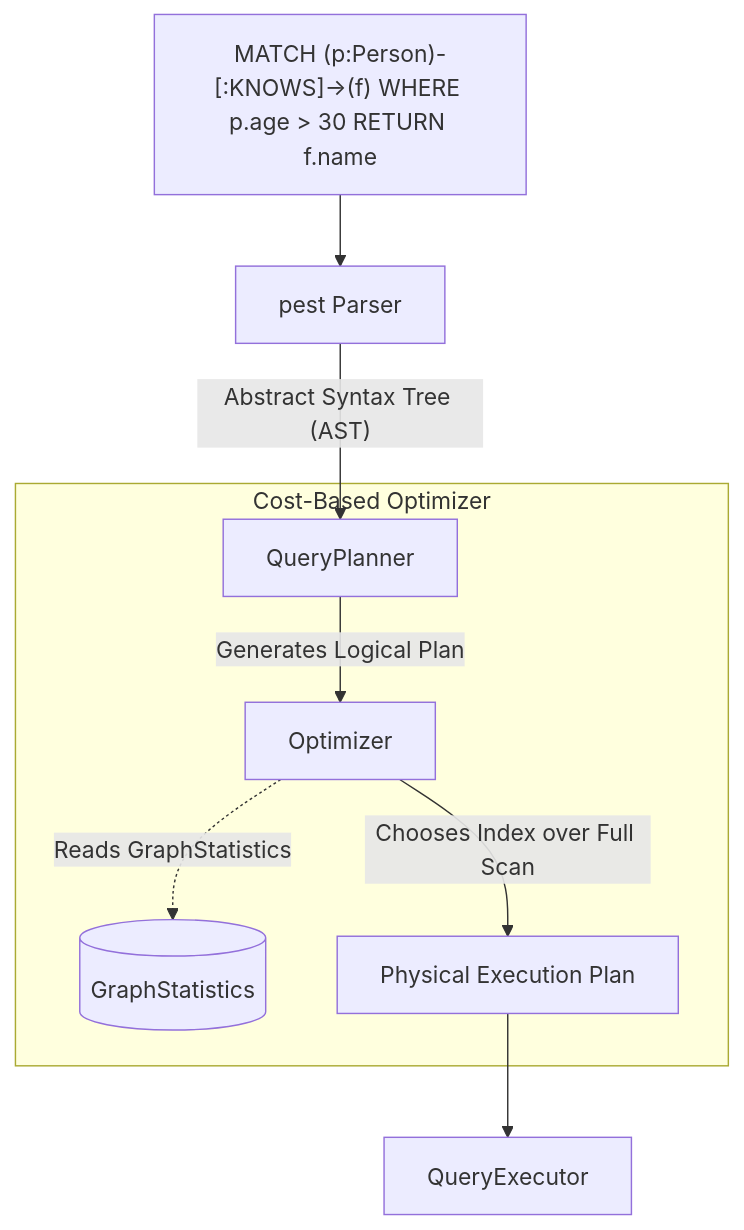
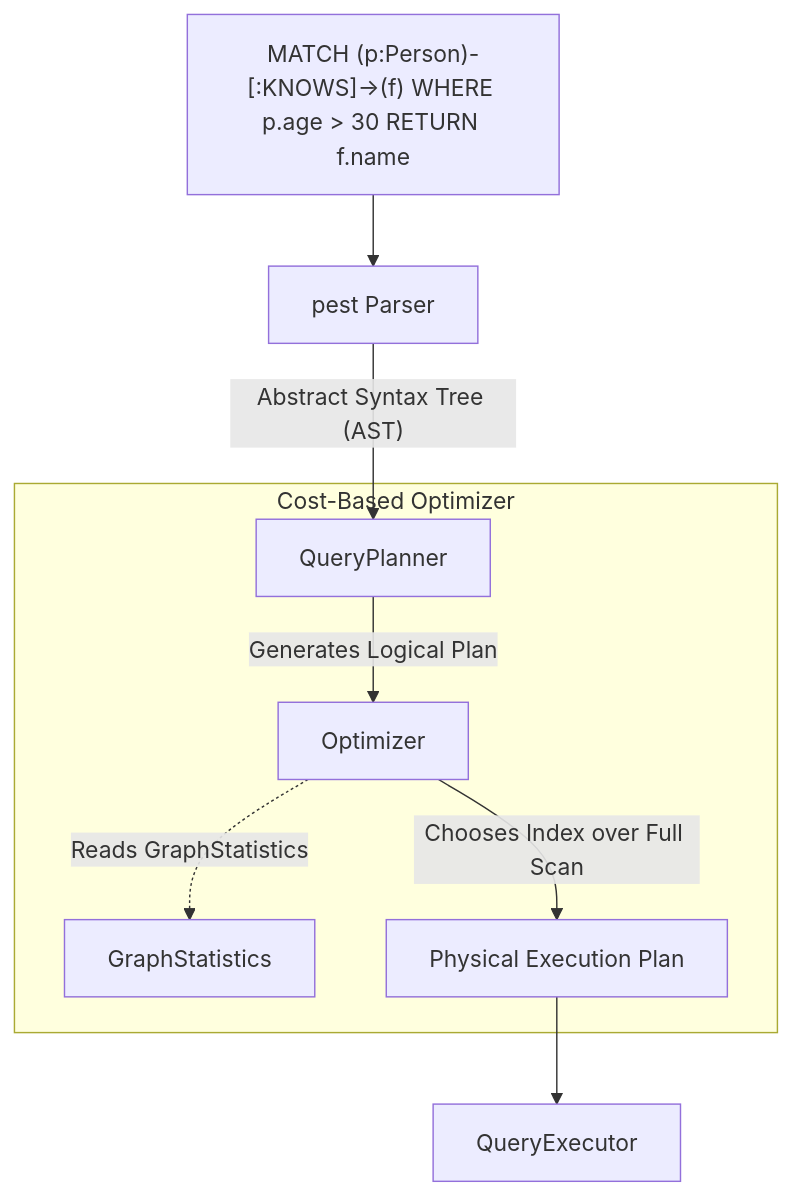
The first of 2 diagrams in src/query_engine.md (samyama-ai/samyama-graph-book), drawn with Mermaid before and after one commit. The commit also changed 4 other files, not shown here.

Commit message:
Fix Mermaid syntax errors: Quote labels with special characters (brackets, colons, etc.) across all diagrams

````diff
--- a/src/query_engine.md
+++ b/src/query_engine.md
@@ -9,14 +9,14 @@
 ```mermaid
 graph TD
     Query["MATCH (p:Person)-[:KNOWS]->(f) WHERE p.age > 30 RETURN f.name"]
     Query --> Parser[pest Parser]
     Parser -- "Abstract Syntax Tree (AST)" --> Logical[QueryPlanner]
     
     subgraph "Cost-Based Optimizer"
         Logical -- "Generates Logical Plan" --> CBO[Optimizer]
-        CBO -. "Reads GraphStatistics" .-> Stats[(GraphStatistics)]
-        CBO -- "Chooses Index over Full Scan" --> Physical[Physical Execution Plan]
+        CBO -. "Reads GraphStatistics" .-> Stats["GraphStatistics"]
+        CBO -- "Chooses Index over Full Scan" --> Physical["Physical Execution Plan"]
     end
     
     Physical --> Exec[QueryExecutor]
 ```
````
